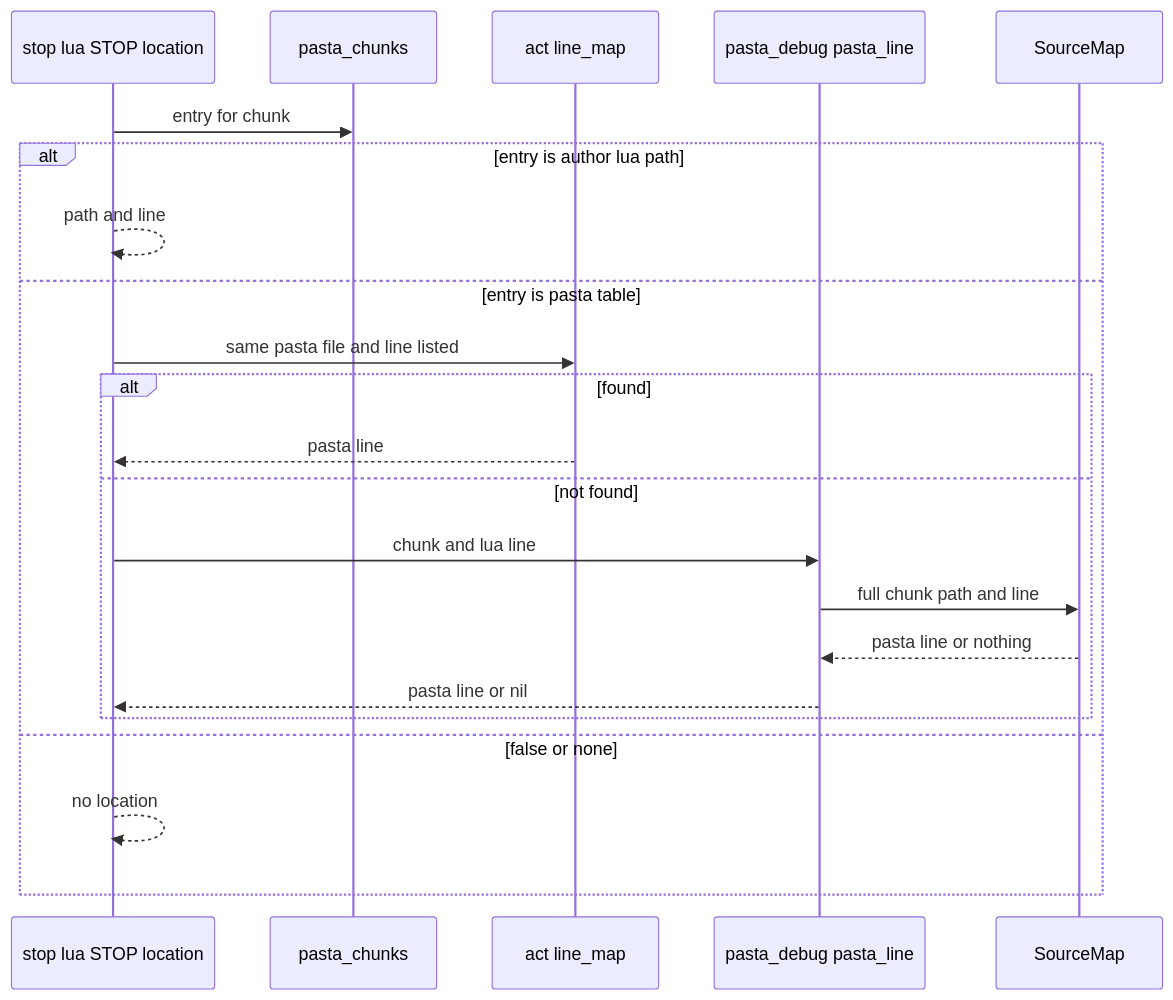
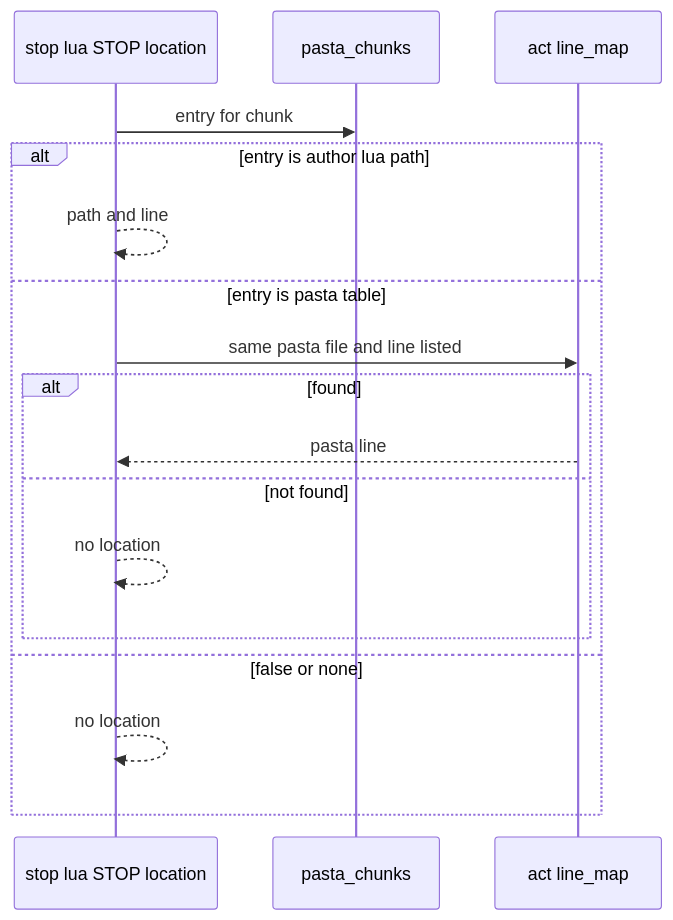
The second of 3 diagrams in .kiro/specs/debug-mcp-runtime/design.md (ekicyou/pasta), drawn with Mermaid before and after one commit. The commit also changed other lines of this file and 2 other files, not shown here.

Commit message:
docs(debug-mcp-runtime): 全設計議題を確定（議題 1 はシーンマップに縮めて 6.3 を落とす）

````diff
--- a/.kiro/specs/debug-mcp-runtime/design.md
+++ b/.kiro/specs/debug-mcp-runtime/design.md
@@ -195,24 +201,19 @@
 ```mermaid
 sequenceDiagram
     participant Stop as stop lua STOP location
     participant Chunks as pasta_chunks
     participant LineMap as act line_map
-    participant Debug as pasta_debug pasta_line
-    participant Map as SourceMap
     Stop->>Chunks: entry for chunk
     alt entry is author lua path
         Stop-->>Stop: path and line
     else entry is pasta table
         Stop->>LineMap: same pasta file and line listed
         alt found
             LineMap-->>Stop: pasta line
         else not found
-            Stop->>Debug: chunk and lua line
-            Debug->>Map: full chunk path and line
-            Map-->>Debug: pasta line or nothing
-            Debug-->>Stop: pasta line or nil
+            Stop-->>Stop: no location
         end
     else false or none
         Stop-->>Stop: no location
     end
 ```
````
